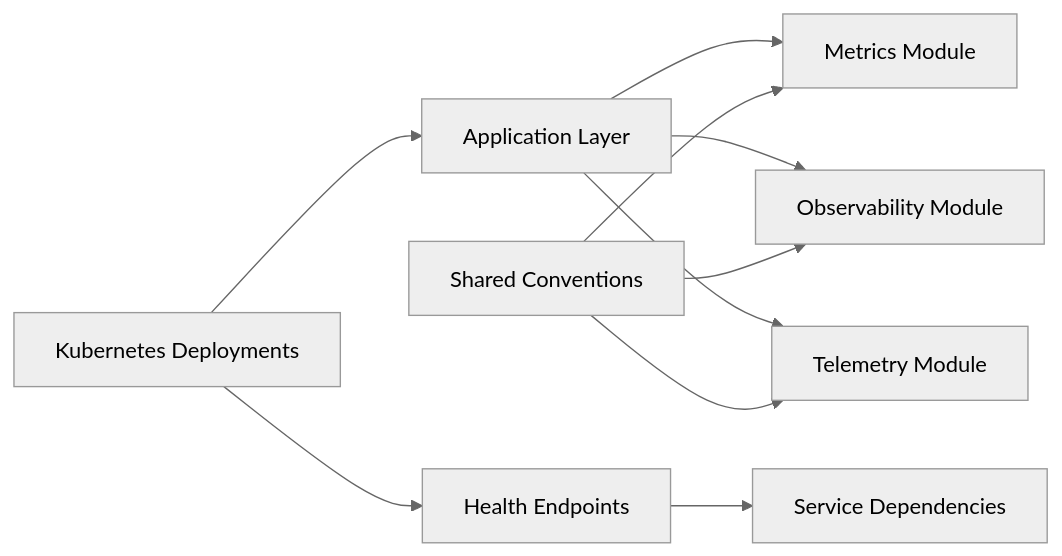
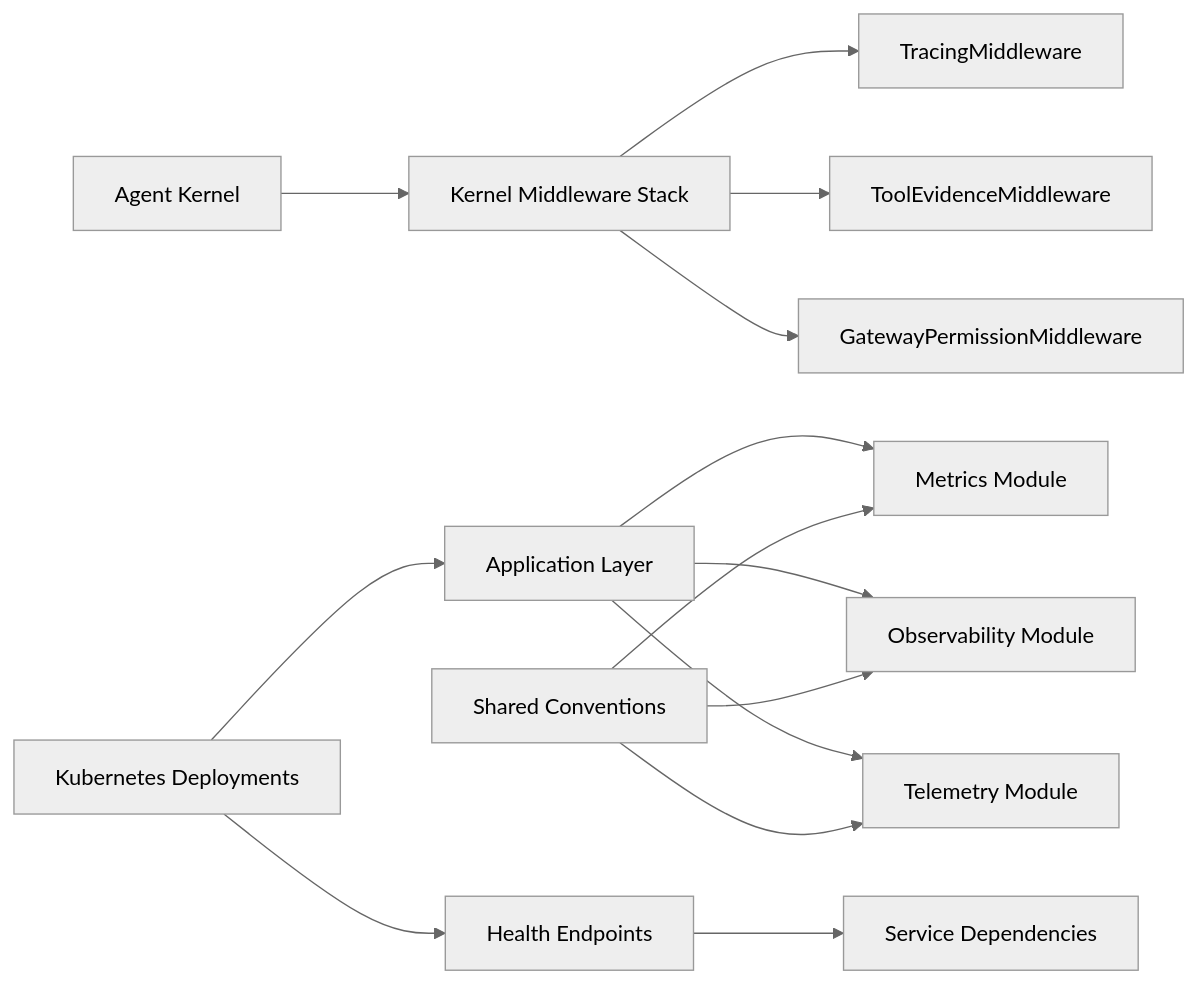
The third of 3 diagrams in .qoder/repowiki/en/content/Agent Platform Service/Observability and Monitoring.md (metasync/luban-aiops), drawn with Mermaid (neutral theme) before and after one commit. The commit also changed other lines of this file and 25 other files, not shown here.

````diff
--- a/.qoder/repowiki/en/content/Agent Platform Service/Observability and Monitoring.md
+++ b/.qoder/repowiki/en/content/Agent Platform Service/Observability and Monitoring.md
@@ -268,12 +339,16 @@
 ```mermaid
 graph LR
 App["Application Layer"] --> Metrics["Metrics Module"]
 App --> Observability["Observability Module"]
 App --> Telemetry["Telemetry Module"]
+Kernel["Agent Kernel"] --> Middleware["Kernel Middleware Stack"]
+Middleware --> TracingMW["TracingMiddleware"]
+Middleware --> EvidenceMW["ToolEvidenceMiddleware"]
+Middleware --> PermissionMW["GatewayPermissionMiddleware"]
 Health["Health Endpoints"] --> Dependencies["Service Dependencies"]
 K8s["Kubernetes Deployments"] --> App
 K8s --> Health
 Conventions["Shared Conventions"] --> Metrics
 Conventions --> Observability
 Conventions --> Telemetry
 ```
````
